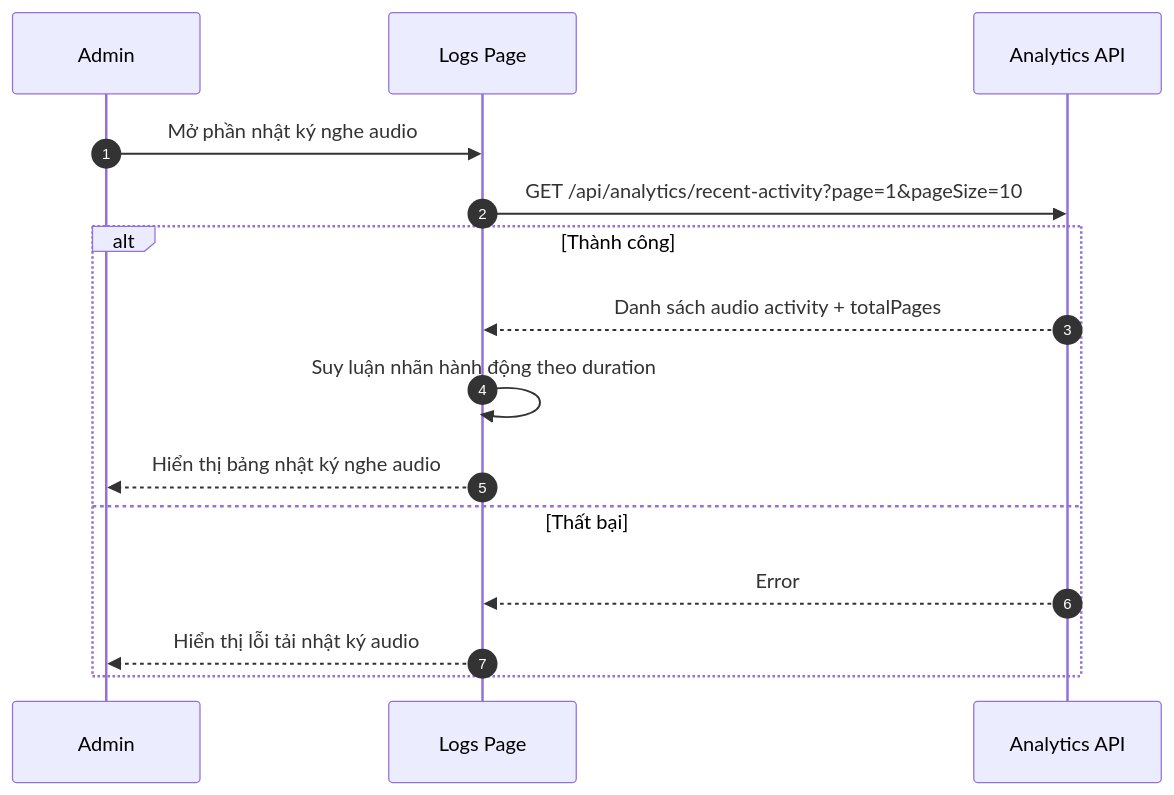
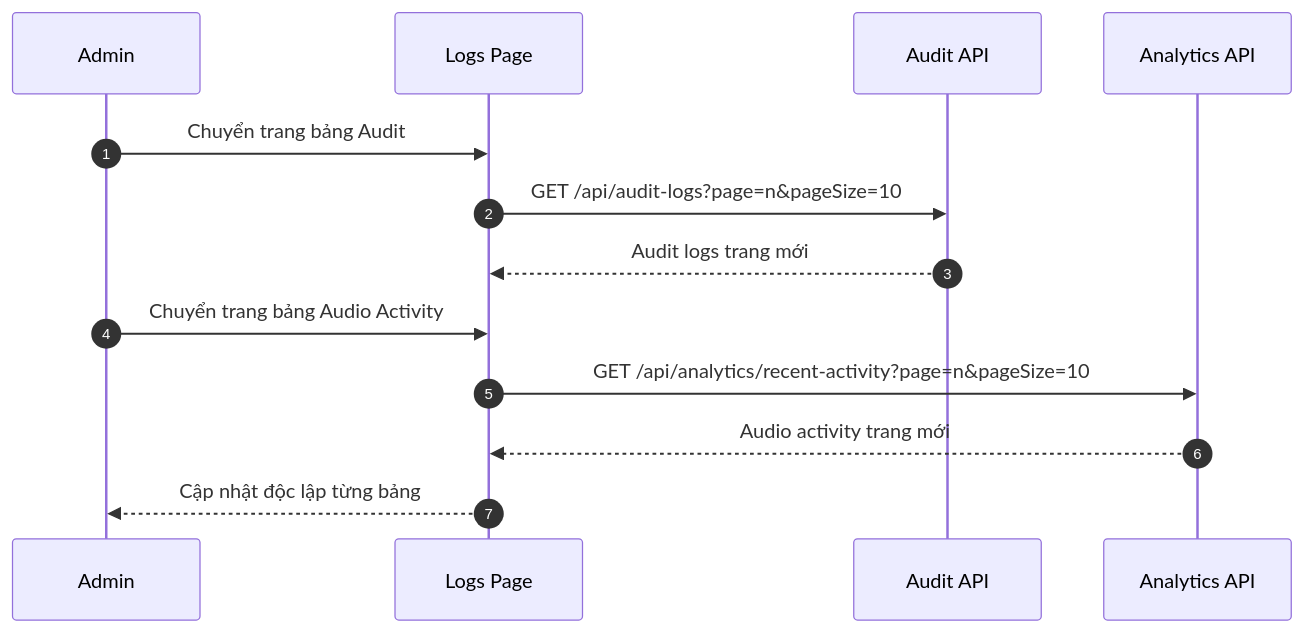
Diagram 17 of 24 in docs/sequence/flow-admin.md (sangnp-s-organiztion/food-market-narrator), drawn with Mermaid before and after one commit. The commit also changed other lines of this file and 3 other files, not shown here.

Commit message:
cập nhật flow-admin

````diff
--- a/docs/sequence/flow-admin.md
+++ b/docs/sequence/flow-admin.md
@@ -396,18 +347,18 @@
 ```mermaid
 sequenceDiagram
     autonumber
     participant U as Admin
     participant FE as Logs Page
+    participant AUD as Audit API
     participant ANA as Analytics API
 
-    U->>FE: Mở phần nhật ký nghe audio
-    FE->>ANA: GET /api/analytics/recent-activity?page=1&pageSize=10
-    alt Thành công
-        ANA-->>FE: Danh sách audio activity + totalPages
-        FE->>FE: Suy luận nhãn hành động theo duration
-        FE-->>U: Hiển thị bảng nhật ký nghe audio
-    else Thất bại
-        ANA-->>FE: Error
-        FE-->>U: Hiển thị lỗi tải nhật ký audio
-    end
+    U->>FE: Chuyển trang bảng Audit
+    FE->>AUD: GET /api/audit-logs?page=n&pageSize=10
+    AUD-->>FE: Audit logs trang mới
+
+    U->>FE: Chuyển trang bảng Audio Activity
+    FE->>ANA: GET /api/analytics/recent-activity?page=n&pageSize=10
+    ANA-->>FE: Audio activity trang mới
+
+    FE-->>U: Cập nhật độc lập từng bảng
 ```
````
